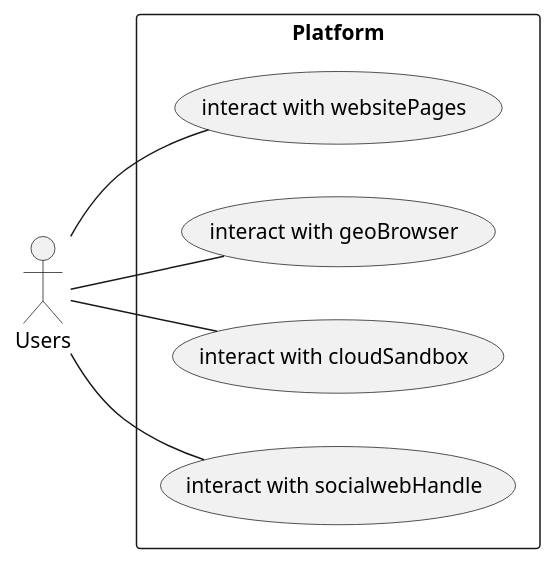
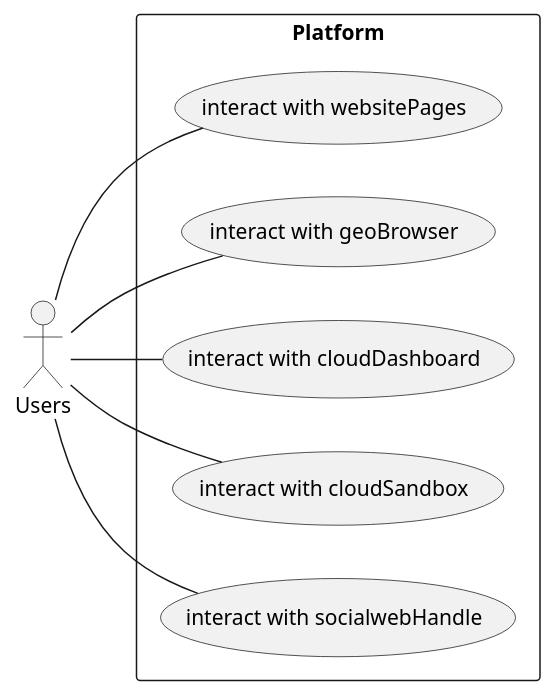
The first of 2 diagrams in source/enterprise/interactions.rst (Terradue/doc-tep-geohazards-arch), drawn with PlantUML before and after one commit.

```diff
--- a/source/enterprise/interactions.rst
+++ b/source/enterprise/interactions.rst
@@ -9,11 +9,12 @@
 .. uml::
 
   left to right direction
   skinparam packageStyle rect
   actor Users
   rectangle Platform {
     Users -- (interact with websitePages)
     Users -- (interact with geoBrowser)
+    Users -- (interact with cloudDashboard)
     Users -- (interact with cloudSandbox)
     Users -- (interact with socialwebHandle)
   }
```
